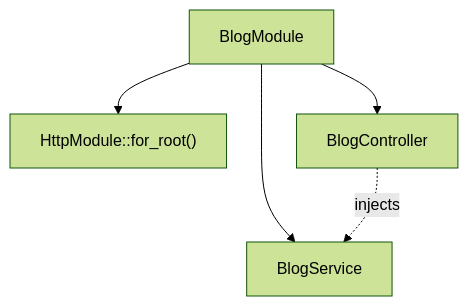
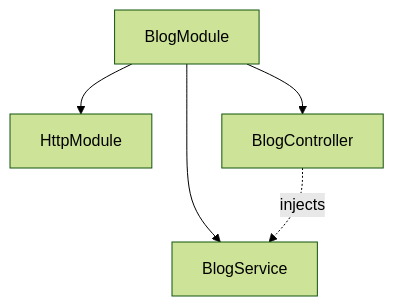
Before and after one commit to YV17labs/NestRS: the first of 4 diagrams in docs/src/content/docs/fundamentals/modules.mdx, drawn with Mermaid (forest theme). The commit also changed other lines of this file and 41 other files, not shown here.

````diff
--- a/docs/src/content/docs/fundamentals/modules.mdx
+++ b/docs/src/content/docs/fundamentals/modules.mdx
@@ -50,7 +51,7 @@
 ```mermaid
 flowchart TB
-  BM[BlogModule] --> HM["HttpModule::for_root()"]
+  BM[BlogModule] --> HM[HttpModule]
   BM --> BS[BlogService]
   BM --> BC[BlogController]
   BC -. "injects" .-> BS
 ```
````
